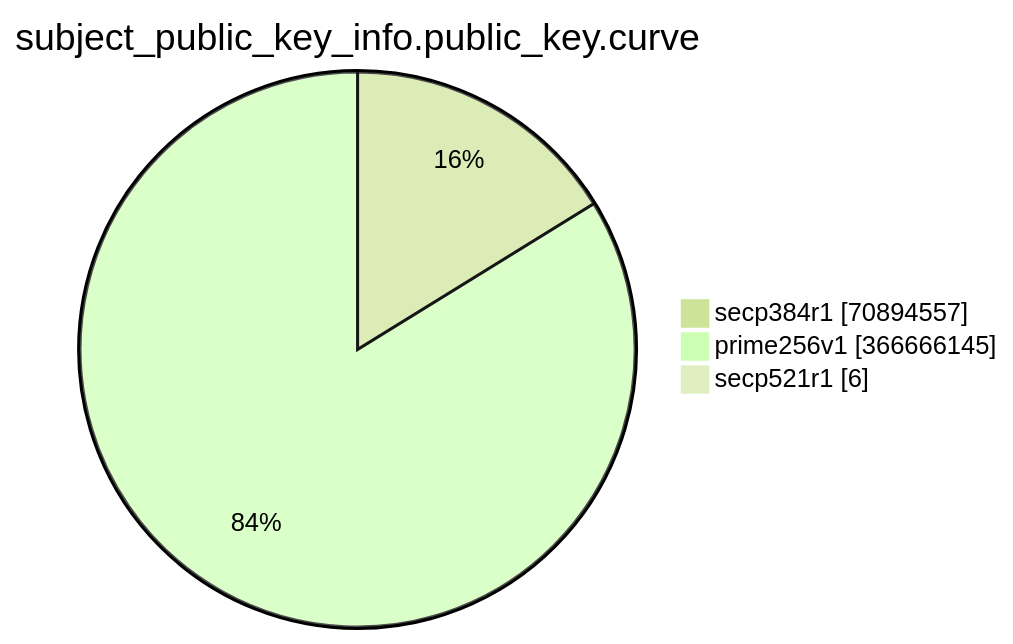
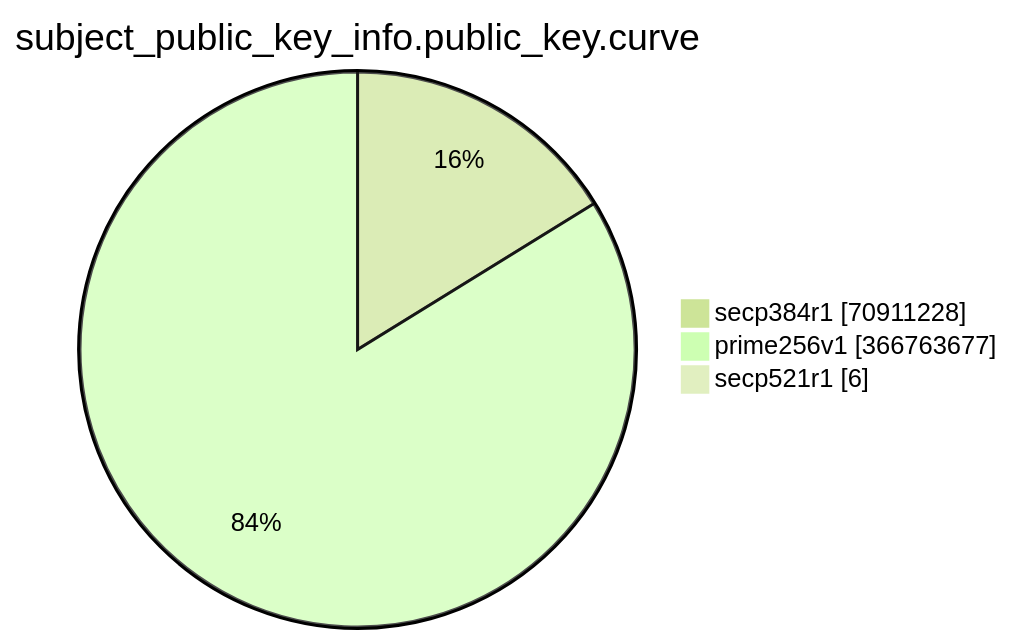
Before and after one commit to christiankrug/ctmonitor_visualization: the eighth of 15 diagrams in TOTAL/README.md, drawn with Mermaid (forest theme). The commit also changed other lines of this file, not shown here.

````diff
--- a/TOTAL/README.md
+++ b/TOTAL/README.md
@@ -3092,7 +3092,7 @@
 ```mermaid
 pie showData
 title subject_public_key_info.public_key.curve
-"secp384r1" :70894557
-"prime256v1" :366666145
+"secp384r1" :70911228
+"prime256v1" :366763677
 "secp521r1" :6
 ```
````
